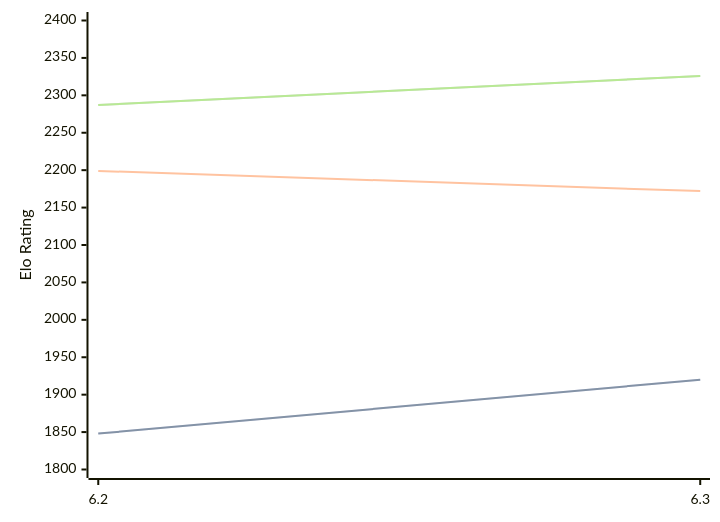
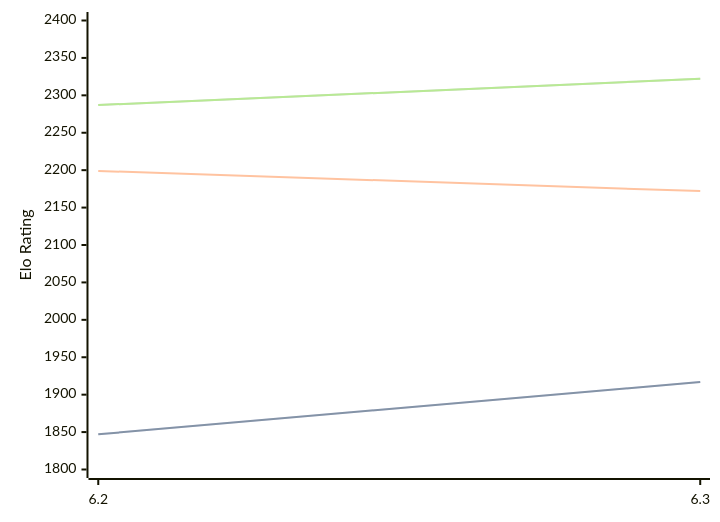
One commit to computer-chess-index/cci changed the diagram in engines/chess4j.md. Above: the diagram before and after it, drawn with Mermaid. The commit also changed other lines of this file, not shown here.

Commit message:
Update CCI Ratings (ELO VLTC) - 2026-06-12

````diff
--- a/engines/chess4j.md
+++ b/engines/chess4j.md
@@ -38,11 +38,11 @@
 ```mermaid
 %%{init: {"theme":"base","themeVariables":{"seriesColors:['#a3a3a3','#222221','#faa371']}}}%%
 xychart-beta
   x-axis ["6.2", "6.3"]
   y-axis "Elo Rating" 1800 --> 2400
-  line "STC (8.0+0.08s)" [1848, 1920]
-  line "STC (8.0+0.08s)" [1848, 1920]
+  line "STC (8.0+0.08s)" [1847, 1917]
+  line "STC (8.0+0.08s)" [1847, 1917]
   line "LTC (60.0+0.60s)" [2199, 2172]
-  line "VLTC (2m24s+1.12s)" [2287, 2326]
-  line "VLTC (2m24s+1.12s)" [2287, 2326]
+  line "VLTC (2m24s+1.12s)" [2287, 2322]
+  line "VLTC (2m24s+1.12s)" [2287, 2322]
 ```
````
